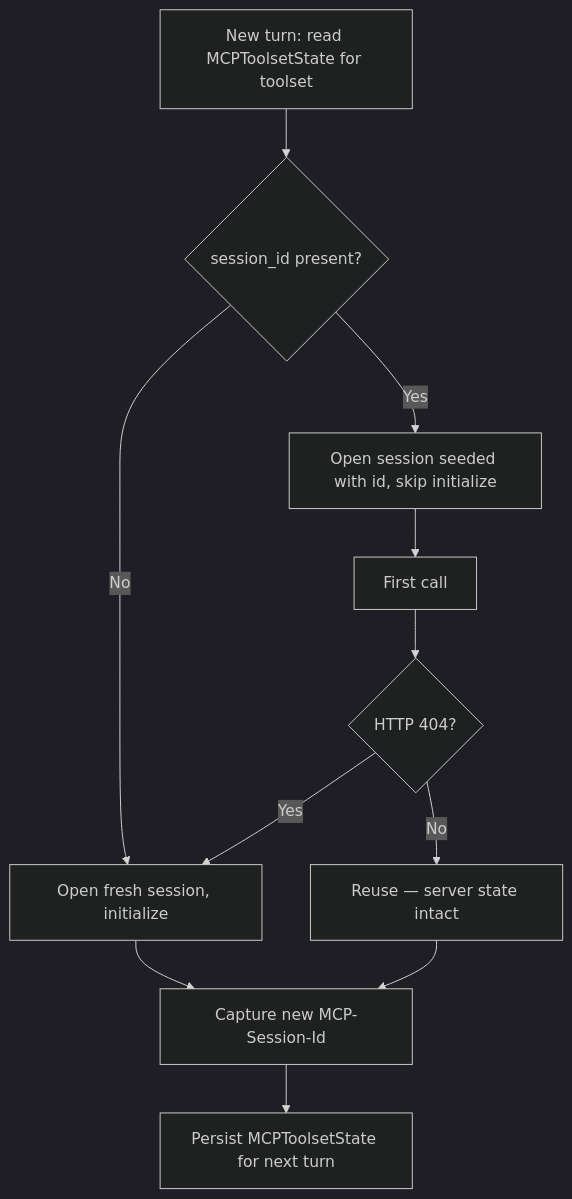
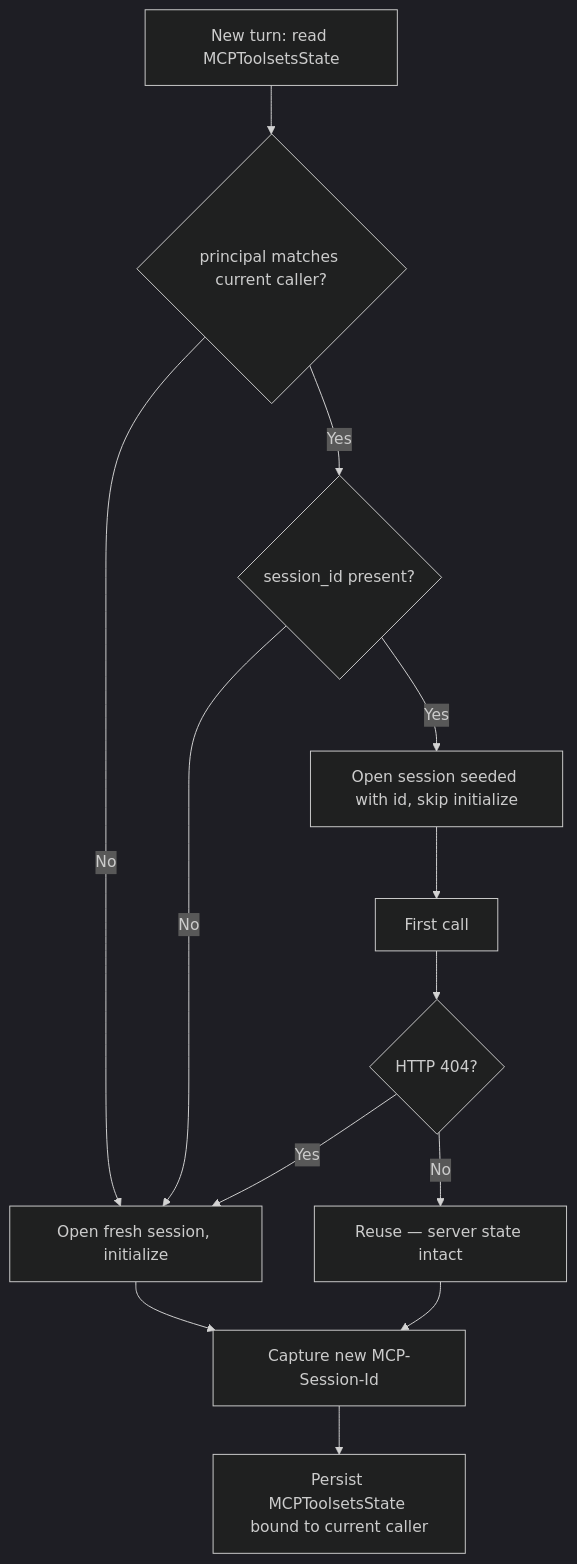
Before and after one commit to epam/ai-dial-quickapps-backend: the second of 2 diagrams in docs/designs/mcp_session_persistence.md, drawn with Mermaid (dark theme). The commit also changed other lines of this file, not shown here.

First line of the commit message:
docs: bind persisted MCP sessions to the calling principal

````diff
--- a/docs/designs/mcp_session_persistence.md
+++ b/docs/designs/mcp_session_persistence.md
@@ -256,13 +296,15 @@
 ```mermaid
 flowchart TD
-    A[New turn: read MCPToolsetState for toolset] --> B{session_id present?}
-    B -->|No| C[Open fresh session, initialize]
+    A[New turn: read MCPToolsetsState] --> P{principal matches current caller?}
+    P -->|No| C[Open fresh session, initialize]
+    P -->|Yes| B{session_id present?}
+    B -->|No| C
     B -->|Yes| D[Open session seeded with id, skip initialize]
     D --> E[First call]
     E --> F{HTTP 404?}
     F -->|No| G[Reuse — server state intact]
     F -->|Yes| C
     C --> H[Capture new MCP-Session-Id]
     G --> H
-    H --> I[Persist MCPToolsetState for next turn]
+    H --> I[Persist MCPToolsetsState bound to current caller]
 ```
````
